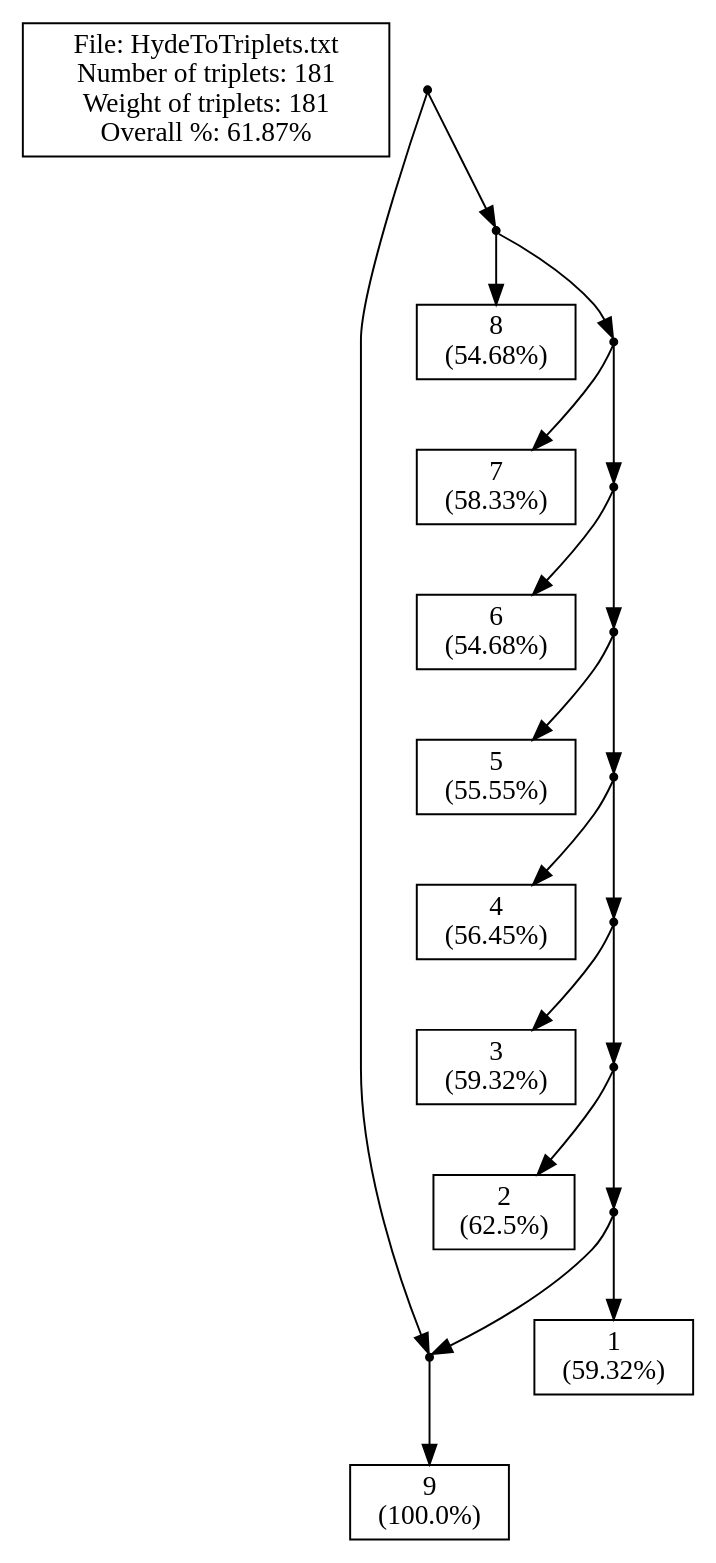
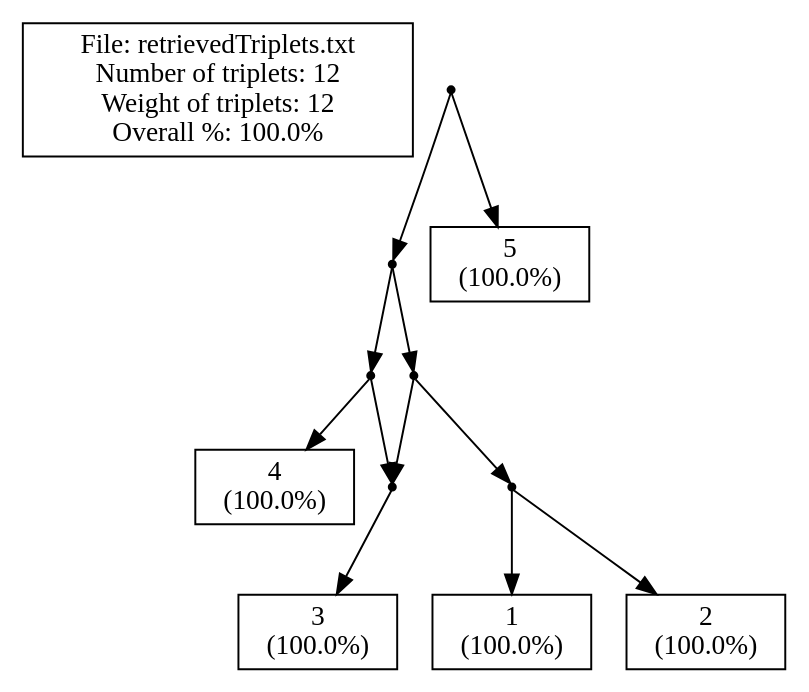
Before and after one commit to solislemuslab/phylo-knit: the diagram in New/Server/cExample1.dot, drawn with Graphviz. The commit also changed 10 other files, not shown here.

Commit message:
Fixed Newick formats for Triplet and Parenthetical

```diff
--- a/New/Server/cExample1.dot
+++ b/New/Server/cExample1.dot
@@ -1,66 +1,51 @@
 // LEV1ATHAN Version 1.0, 21 september 2009
 // COMMENT: Pre-processing the input file to count the leaves
-// COMMENT: Pre-processing showed that there are 9 leaves in the input.
-// SUMMARY: Input had 9 leaves.
+// COMMENT: Pre-processing showed that there are 5 leaves in the input.
+// SUMMARY: Input had 5 leaves.
 // USER-SETTING: Will *not* post-process output to collapse edges.
 // COMMENT: Triplet set is already dense.
-// SUMMARY: There are 181 triplets in the input.
-// SUMMARY: Total weight of input triplets is 181.
+// SUMMARY: There are 12 triplets in the input.
+// SUMMARY: Total weight of input triplets is 12.
+// COMMENT: We achieved non-trivial local perfection.
 // SUMMARY: (Before post-processing)
-// SUMMARY: We got 112 units of triplet weight, that's 61.87% of total weight.
-// SUMMARY: In total 69 units of triplet weight were -not- consistent with the ouput network.
+// SUMMARY: We got 12 units of triplet weight, that's 100.0% of total weight.
+// SUMMARY: In total 0 units of triplet weight were -not- consistent with the ouput network.
 // SUMMARY: Output network contained 0 triplets -not- in the original input.
-// SUMMARY: The symmetric difference is thus 69 + (1 * 0) = 69
+// SUMMARY: The symmetric difference is thus 0 + (1 * 0) = 0
 // SUMMARY: (After post-processing)
 strict digraph G1 {
 edge [fontsize=8]
-labelbox [shape=box, width=0.4, label="File: HydeToTriplets.txt\nNumber of triplets: 181\nWeight of triplets: 181\nOverall %: 61.87%"];
+labelbox [shape=box, width=0.4, label="File: retrievedTriplets.txt\nNumber of triplets: 12\nWeight of triplets: 12\nOverall %: 100.0%"];
 1000 [shape=point];
 1001 [shape=point];
-9 [shape=box, width=0.3, label="9\n(100.0%)"];
+1002 [shape=point];
 1003 [shape=point];
-4 [shape=box, width=0.3, label="8\n(54.68%)"];
-1005 [shape=point];
-7 [shape=box, width=0.3, label="7\n(58.33%)"];
+3 [shape=box, width=0.3, label="3\n(100.0%)"];
+4 [shape=box, width=0.3, label="4\n(100.0%)"];
+1006 [shape=point];
 1007 [shape=point];
-3 [shape=box, width=0.3, label="6\n(54.68%)"];
-1009 [shape=point];
-1 [shape=box, width=0.3, label="5\n(55.55%)"];
-1011 [shape=point];
-6 [shape=box, width=0.3, label="4\n(56.45%)"];
-1013 [shape=point];
-5 [shape=box, width=0.3, label="3\n(59.32%)"];
-1015 [shape=point];
-8 [shape=box, width=0.3, label="2\n(62.5%)"];
-1017 [shape=point];
-2 [shape=box, width=0.3, label="1\n(59.32%)"];
+1 [shape=box, width=0.3, label="1\n(100.0%)"];
+2 [shape=box, width=0.3, label="2\n(100.0%)"];
+5 [shape=box, width=0.3, label="5\n(100.0%)"];
 1000 -> 1001
-1000 -> 1003
-1001 -> 9
-1003 -> 4
-1003 -> 1005
-1005 -> 7
-1005 -> 1007
-1007 -> 3
-1007 -> 1009
-1009 -> 1
-1009 -> 1011
-1011 -> 6
-1011 -> 1013
-1013 -> 5
-1013 -> 1015
-1015 -> 8
-1015 -> 1017
-1017 -> 2
-1017 -> 1001
-1001 -> 9
+1000 -> 5
+1001 -> 1002
+1001 -> 1006
+1002 -> 1003
+1002 -> 4
+1003 -> 3
+1006 -> 1007
+1006 -> 1003
+1007 -> 1
+1007 -> 2
+1003 -> 3
 }
-// SUMMARY: eNewick output: ((9)#H1,(8,(7,(6,(5,(4,(3,(2,(1,#H1)))))))));
-// SUMMARY: In total 69 units of triplet weight were -not- consistent with the ouput network.
+// SUMMARY: eNewick output: ((((3)#H1,4),((1,2),#H1)),5);
+// SUMMARY: In total 0 units of triplet weight were -not- consistent with the ouput network.
 // SUMMARY: Output network contained 0 triplets -not- in the original input.
 // SUMMARY: Weight of missing triplets before contraction minus weight of missing triplets afterwards: 0
 // SUMMARY: Number of surplus triplets before contraction minus number of surplus triplets afterwards: 0
-// CONCLUSION: After post-processing we got 112 units of triplet weight, that's 61.87% of total weight (before post-processing this was 61.87%).
-// CONCLUSION: After post-processing the symmetric difference is thus 69 + (1 * 0) = 69 (before post-processing this was 69)
-// STAT: PERCENTAGE = 61.87
-// STAT: NETWORK-TRIPLET SD = 69
+// CONCLUSION: After post-processing we got 12 units of triplet weight, that's 100.0% of total weight (before post-processing this was 100.0%).
+// CONCLUSION: After post-processing the symmetric difference is thus 0 + (1 * 0) = 0 (before post-processing this was 0)
+// STAT: PERCENTAGE = 100.0
+// STAT: NETWORK-TRIPLET SD = 0
```
